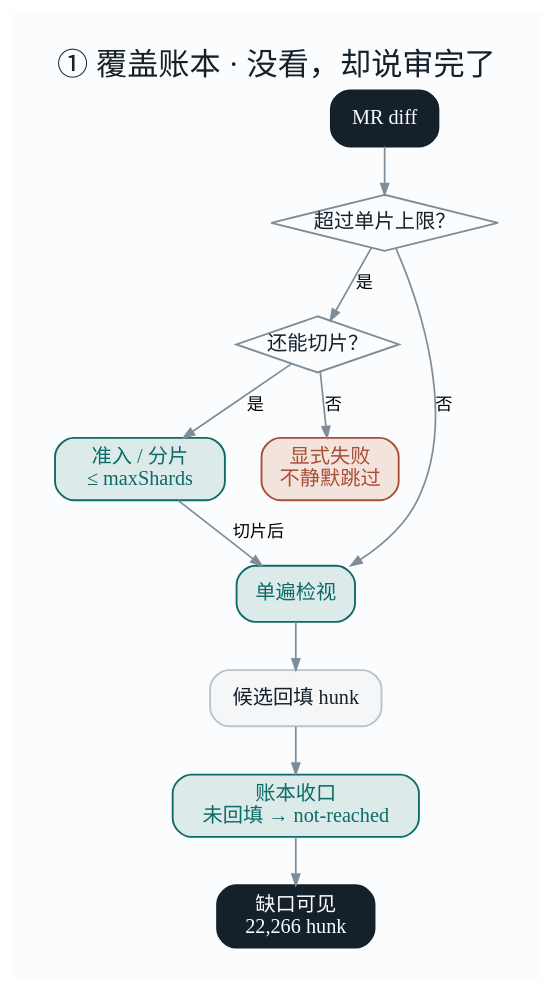
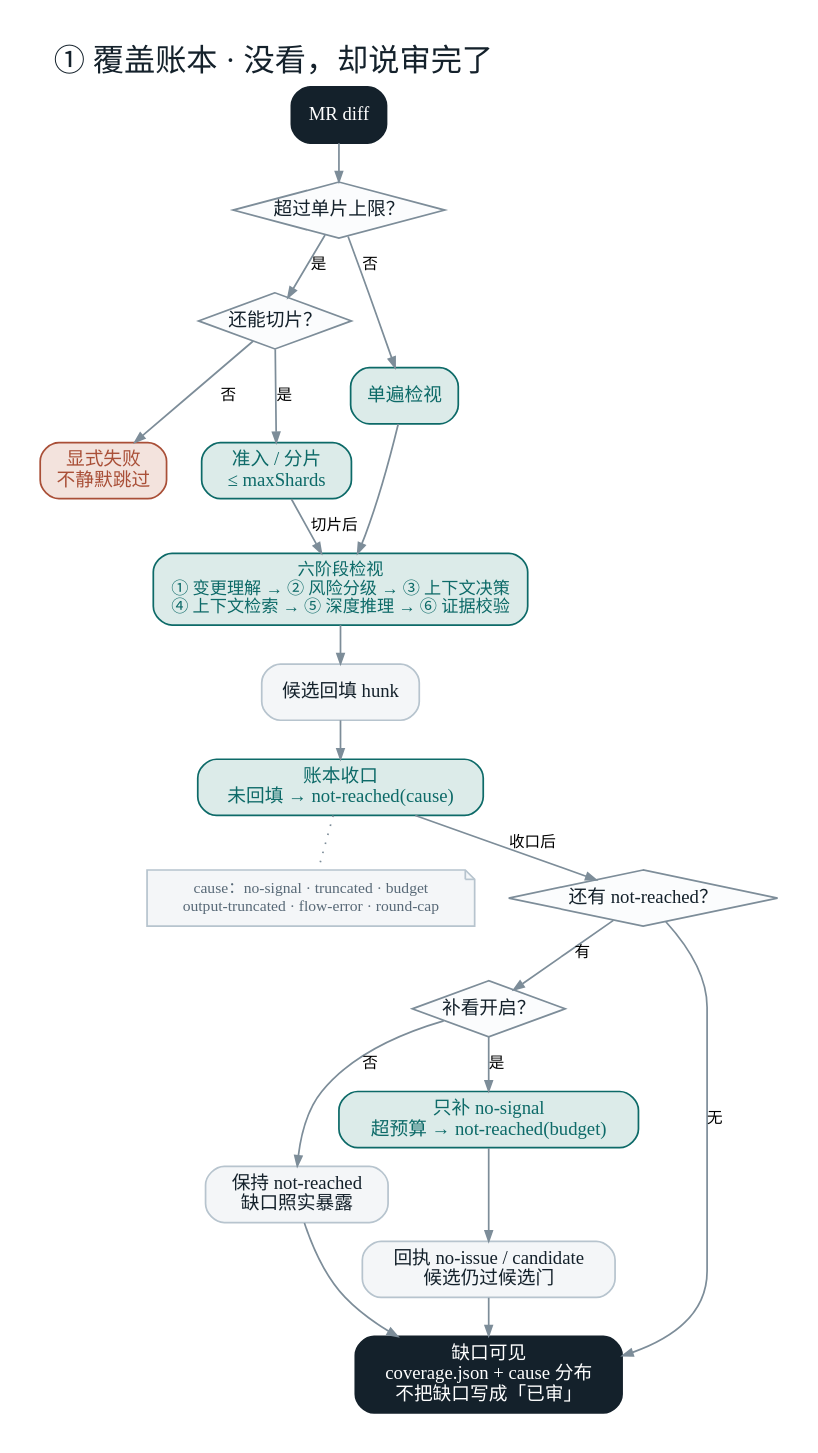
Before and after one commit to ffanwei/ReviewAgent-pi: the diagram in .scratch/blog/diagrams/flow-1-coverage.dot, drawn with Graphviz. The commit also changed 13 other files, not shown here.

First line of the commit message:
docs(blog): 四道防线图补齐检视与去重流程

```diff
--- a/.scratch/blog/diagrams/flow-1-coverage.dot
+++ b/.scratch/blog/diagrams/flow-1-coverage.dot
@@ -1,25 +1,41 @@
 digraph G {
-  graph [bgcolor="#FBFCFD", fontname="Microsoft YaHei", rankdir=TB, nodesep=0.32, ranksep=0.42, pad=0.28, label="① 覆盖账本 · 没看，却说审完了", labelloc=t, labeljust=l, fontsize=20, fontcolor="#14212B"];
-  node [fontname="Microsoft YaHei", fontsize=13, shape=box, style="rounded,filled", fillcolor="#F4F6F8", color="#B7C4CE", fontcolor="#14212B", penwidth=1.2, margin="0.16,0.09"];
-  edge [fontname="Microsoft YaHei", fontsize=11, color="#7D8D99", arrowsize=0.7, penwidth=1.1];
+  graph [bgcolor="#FFFFFF", fontname="Microsoft YaHei", rankdir=TB, nodesep=0.30, ranksep=0.34, pad=0.25, label="① 覆盖账本 · 没看，却说审完了", labelloc=t, labeljust=l, fontsize=20, fontcolor="#14212B"];
+  node [fontname="Microsoft YaHei", fontsize=12, shape=box, style="rounded,filled", fillcolor="#F4F6F8", color="#B7C4CE", fontcolor="#14212B", penwidth=1.1, margin="0.14,0.07"];
+  edge [fontname="Microsoft YaHei", fontsize=10, color="#7D8D99", arrowsize=0.65, penwidth=1.1];
 
-  start [label="MR diff", fillcolor="#14212B", color="#14212B", fontcolor="#FBFCFD"];
+  start [label="MR diff", fillcolor="#14212B", color="#14212B", fontcolor="#FFFFFF"];
   d1 [label="超过单片上限？", shape=diamond, style="filled", fillcolor="#FBFCFD", color="#7D8D99", margin="0.02,0.02"];
   d2 [label="还能切片？", shape=diamond, style="filled", fillcolor="#FBFCFD", color="#7D8D99", margin="0.02,0.02"];
+  bad [label="显式失败\n不静默跳过", fillcolor="#F3E3DD", color="#A94F37", fontcolor="#A94F37"];
+  p2 [label="准入 / 分片\n≤ maxShards", fillcolor="#DCEBE9", color="#0D6A68", fontcolor="#0D6A68"];
   p1 [label="单遍检视", fillcolor="#DCEBE9", color="#0D6A68", fontcolor="#0D6A68"];
-  p2 [label="准入 / 分片\n≤ maxShards", fillcolor="#DCEBE9", color="#0D6A68", fontcolor="#0D6A68"];
-  bad [label="显式失败\n不静默跳过", fillcolor="#F3E3DD", color="#A94F37", fontcolor="#A94F37"];
+  stages [label="六阶段检视\n① 变更理解 → ② 风险分级 → ③ 上下文决策\n④ 上下文检索 → ⑤ 深度推理 → ⑥ 证据校验", fontsize=11, fillcolor="#DCEBE9", color="#0D6A68", fontcolor="#0D6A68"];
   p3 [label="候选回填 hunk"];
-  p4 [label="账本收口\n未回填 → not-reached", fillcolor="#DCEBE9", color="#0D6A68", fontcolor="#0D6A68"];
-  end [label="缺口可见\n22,266 hunk", fillcolor="#14212B", color="#14212B", fontcolor="#FBFCFD"];
+  p4 [label="账本收口\n未回填 → not-reached(cause)", fillcolor="#DCEBE9", color="#0D6A68", fontcolor="#0D6A68"];
+  causes [label="cause：no-signal · truncated · budget\noutput-truncated · flow-error · round-cap", shape=note, style="filled", fillcolor="#F4F6F8", color="#B7C4CE", fontcolor="#586977", fontsize=10];
+  d3 [label="还有 not-reached？", shape=diamond, style="filled", fillcolor="#FBFCFD", color="#7D8D99", margin="0.02,0.02"];
+  d4 [label="补看开启？", shape=diamond, style="filled", fillcolor="#FBFCFD", color="#7D8D99", margin="0.02,0.02"];
+  keep [label="保持 not-reached\n缺口照实暴露"];
+  repair [label="只补 no-signal\n超预算 → not-reached(budget)", fillcolor="#DCEBE9", color="#0D6A68", fontcolor="#0D6A68"];
+  gate [label="回执 no-issue / candidate\n候选仍过候选门"];
+  end [label="缺口可见\ncoverage.json + cause 分布\n不把缺口写成「已审」", fillcolor="#14212B", color="#14212B", fontcolor="#FFFFFF"];
 
   start -> d1;
   d1 -> p1 [label="否"];
   d1 -> d2 [label="是"];
   d2 -> bad [label="否"];
   d2 -> p2 [label="是"];
-  p2 -> p1 [label="切片后"];
-  p1 -> p3;
+  p2 -> stages [label="切片后"];
+  p1 -> stages;
+  stages -> p3;
   p3 -> p4;
-  p4 -> end;
+  p4 -> causes [style=dotted, arrowhead=none];
+  p4 -> d3 [label="收口后"];
+  d3 -> end [label="无"];
+  d3 -> d4 [label="有"];
+  d4 -> keep [label="否"];
+  d4 -> repair [label="是"];
+  repair -> gate;
+  gate -> end;
+  keep -> end;
 }
```
